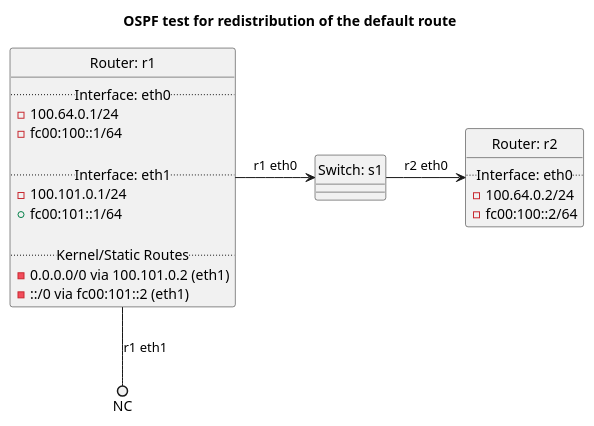
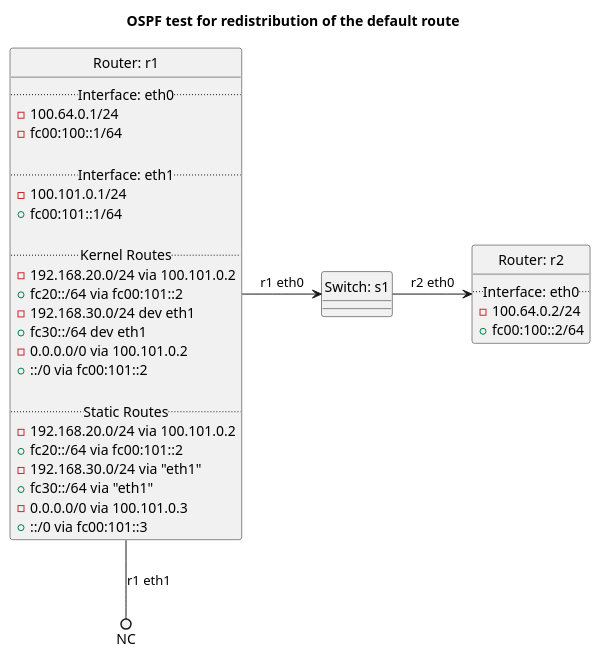
The diagram in tests/t30_ospf/t60_redistribute_default/README.md (oscdev-io/birdplan), drawn with PlantUML before and after one commit. The commit also changed other lines of this file and 32 other files, not shown here.

````diff
--- a/tests/t30_ospf/t60_redistribute_default/README.md
+++ b/tests/t30_ospf/t60_redistribute_default/README.md
@@ -48,38 +48,48 @@
 ```plantuml
 @startuml
 hide circle
 title OSPF test for redistribution of the default route
 
 
 class "Router: r1" {
   .. Interface: eth0 ..
 - 100.64.0.1/24
 - fc00:100::1/64
 
   .. Interface: eth1 ..
 - 100.101.0.1/24
 + fc00:101::1/64
 
-  .. Kernel/Static Routes ..
-- 0.0.0.0/0 via 100.101.0.2 (eth1)
-- ::/0 via fc00:101::2 (eth1)
+  .. Kernel Routes ..
+- 192.168.20.0/24 via 100.101.0.2
++ fc20::/64 via fc00:101::2
+- 192.168.30.0/24 dev eth1
++ fc30::/64 dev eth1
+- 0.0.0.0/0 via 100.101.0.2
++ ::/0 via fc00:101::2
+
+  .. Static Routes ..
+- 192.168.20.0/24 via 100.101.0.2
++ fc20::/64 via fc00:101::2
+- 192.168.30.0/24 via "eth1"
++ fc30::/64 via "eth1"
+- 0.0.0.0/0 via 100.101.0.3
++ ::/0 via fc00:101::3
 }
-
 
 class "Router: r2" {
   .. Interface: eth0 ..
 - 100.64.0.2/24
-- fc00:100::2/64
++ fc00:100::2/64
 }
-
 
 
 class "Switch: s1" {}
 
 
 "Router: r1" -> "Switch: s1": r1 eth0
 "Switch: s1" -> "Router: r2": r2 eth0
 "Router: r1" --() NC: r1 eth1
 
 @enduml
 ```
````
